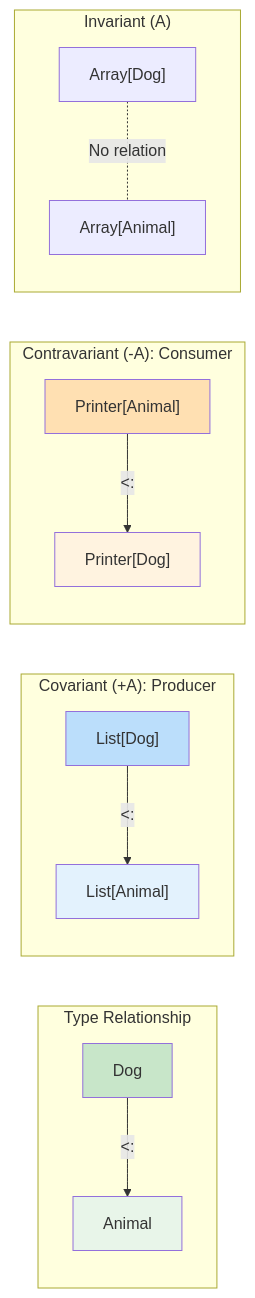
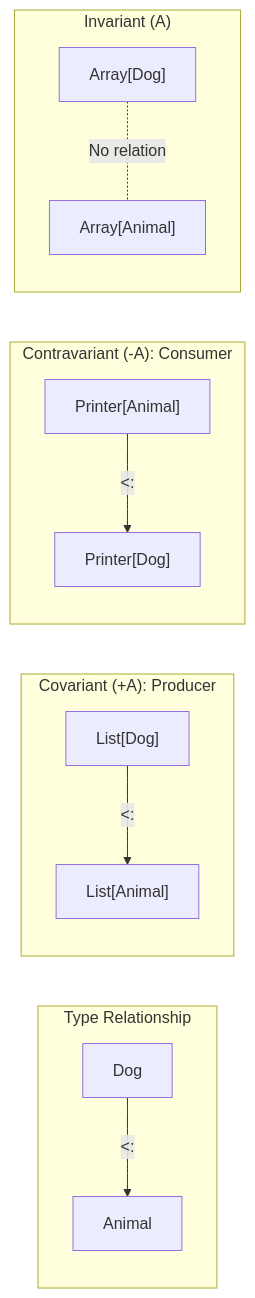
The first of 2 diagrams in content/en/scala/concepts/variance.md (advanced-beginner/advanced-beginner.github.io), drawn with Mermaid before and after one commit. The commit also changed other lines of this file and 35 other files, not shown here.

First line of the commit message:
refactor: Mermaid 다이어그램 개선

````diff
--- a/content/en/scala/concepts/variance.md
+++ b/content/en/scala/concepts/variance.md
@@ -17,25 +17,18 @@
 ```mermaid
 graph LR
     subgraph "Type Relationship"
         Dog["Dog"] -->|"<:"| Animal["Animal"]
     end
 
     subgraph "Covariant (+A): Producer"
         ListDog["List[Dog]"] -->|"<:"| ListAnimal["List[Animal]"]
     end
 
     subgraph "Contravariant (-A): Consumer"
         PrinterAnimal["Printer[Animal]"] -->|"<:"| PrinterDog["Printer[Dog]"]
     end
 
     subgraph "Invariant (A)"
         ArrayDog["Array[Dog]"] -.-|"No relation"| ArrayAnimal["Array[Animal]"]
     end
-
-    style Dog fill:#c8e6c9
-    style Animal fill:#e8f5e9
-    style ListDog fill:#bbdefb
-    style ListAnimal fill:#e3f2fd
-    style PrinterAnimal fill:#ffe0b2
-    style PrinterDog fill:#fff3e0
 ```
````
